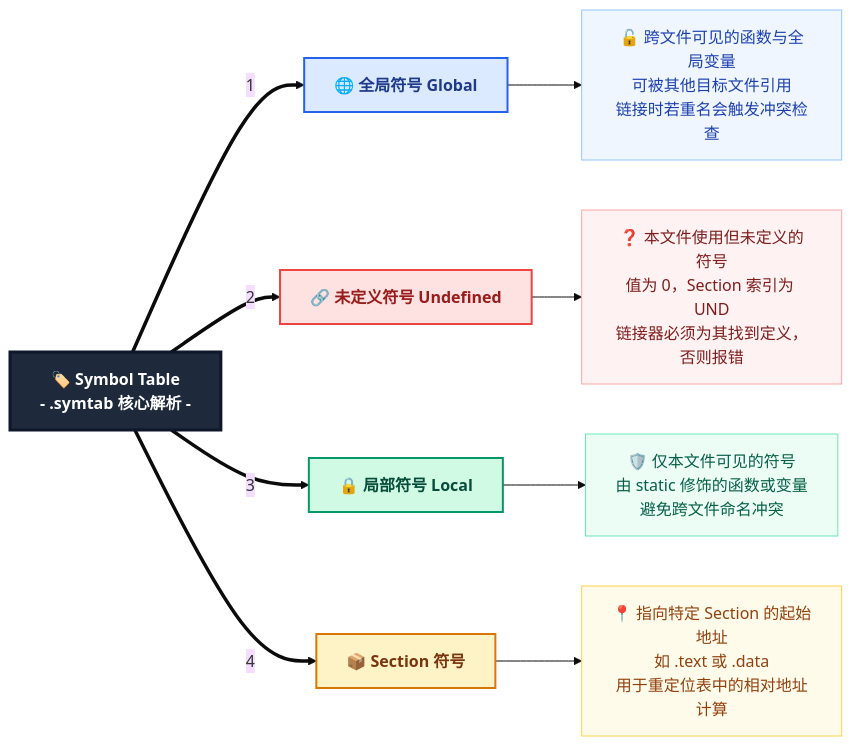
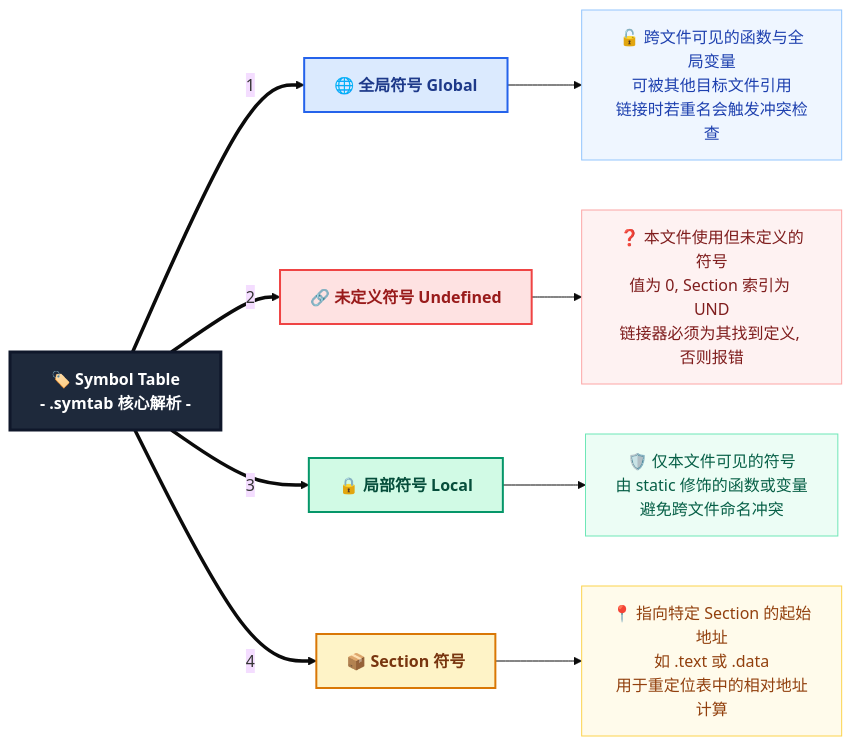
One commit to dmjcb/dmjcb.github.io changed the fifth of 10 diagrams in _posts/c_c++/compile/2021-06-15-编译过程.md. Above: the diagram before and after it, drawn with Mermaid (base theme). The commit also changed other lines of this file and 12 other files, not shown here.

````diff
--- a/_posts/c_c++/compile/2021-06-15-编译过程.md
+++ b/_posts/c_c++/compile/2021-06-15-编译过程.md
@@ -584,61 +584,61 @@
 ```mermaid
 flowchart LR
     %% 样式定义
     classDef center fill:#1e293b,stroke:#0f172a,stroke-width:3px,color:#ffffff,font-weight:bold;
     
     classDef main_global fill:#dbeafe,stroke:#2563eb,stroke-width:2px,color:#1e3a8a,font-weight:bold;
     classDef sub_global fill:#eff6ff,stroke:#93c5fd,stroke-width:1px,color:#1e40af;
     
     classDef main_undef fill:#fee2e2,stroke:#ef4444,stroke-width:2px,color:#991b1b,font-weight:bold;
     classDef sub_undef fill:#fef2f2,stroke:#fca5a5,stroke-width:1px,color:#7f1d1d;
     
     classDef main_local fill:#d1fae5,stroke:#059669,stroke-width:2px,color:#064e3b,font-weight:bold;
     classDef sub_local fill:#ecfdf5,stroke:#6ee7b7,stroke-width:1px,color:#065f46;
     
     classDef main_sec fill:#fef3c7,stroke:#d97706,stroke-width:2px,color:#78350f,font-weight:bold;
     classDef sub_sec fill:#fffbeb,stroke:#fcd34d,stroke-width:1px,color:#92400e;
 
-    %% 中心节点(使用标准矩形，避免大括号与文本内括号冲突)
+    %% 中心节点(使用标准矩形, 避免大括号与文本内括号冲突)
     Center["🏷️ Symbol Table\n- .symtab 核心解析 -"]
 
     %% 1. 全局符号
     GlobalMain["🌐 全局符号 Global"]
     GlobalSub["🔓 跨文件可见的函数与全局变量\n可被其他目标文件引用\n链接时若重名会触发冲突检查"]
 
     %% 2. 未定义符号
     UndefMain["🔗 未定义符号 Undefined"]
-    UndefSub["❓ 本文件使用但未定义的符号\n值为 0，Section 索引为 UND\n链接器必须为其找到定义，否则报错"]
+    UndefSub["❓ 本文件使用但未定义的符号\n值为 0, Section 索引为 UND\n链接器必须为其找到定义, 否则报错"]
 
     %% 3. 局部符号
     LocalMain["🔒 局部符号 Local"]
     LocalSub["🛡️ 仅本文件可见的符号\n由 static 修饰的函数或变量\n避免跨文件命名冲突"]
 
     %% 4. Section 符号
     SecMain["📦 Section 符号"]
     SecSub["📍 指向特定 Section 的起始地址\n如 .text 或 .data\n用于重定位表中的相对地址计算"]
 
     %% 连线关系
     Center ==>|1| GlobalMain
     GlobalMain --> GlobalSub
     
     Center ==>|2| UndefMain
     UndefMain --> UndefSub
     
     Center ==>|3| LocalMain
     LocalMain --> LocalSub
     
     Center ==>|4| SecMain
     SecMain --> SecSub
 
     %% 应用样式
     class Center center;
     class GlobalMain main_global;
     class GlobalSub sub_global;
     class UndefMain main_undef;
     class UndefSub sub_undef;
     class LocalMain main_local;
     class LocalSub sub_local;
     class SecMain main_sec;
     class SecSub sub_sec;
 
 ```
````
